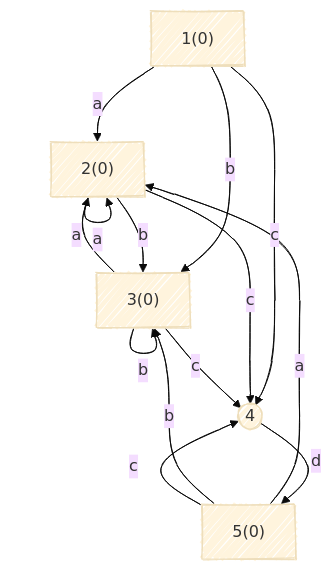
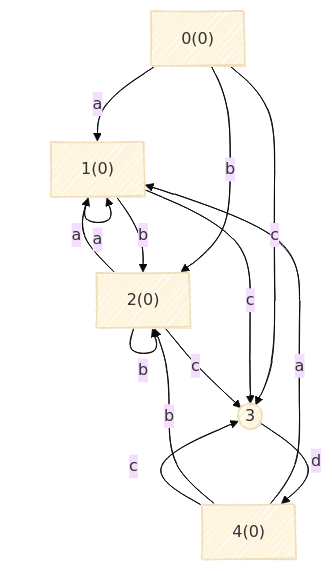
The diagram in src/lib/tests/__snapshot__/dfa_simple_regex.md (moonbitlang/moonlex-old), drawn with Mermaid (base theme) before and after one commit. The commit also changed 21 other files, not shown here.

````diff
--- a/src/lib/tests/__snapshot__/dfa_simple_regex.md
+++ b/src/lib/tests/__snapshot__/dfa_simple_regex.md
@@ -1,25 +1,25 @@
 ```mermaid
 ---
   config:
     look: handDrawn
 ---
 graph TD
-1-->|"a"|2
-1-->|"b"|3
-1-->|"c"|4
-2-->|"a"|2
-2-->|"b"|3
-2-->|"c"|4
-3-->|"a"|2
-3-->|"b"|3
-3-->|"c"|4
-4-->|"d"|5
-5-->|"a"|2
-5-->|"b"|3
-5-->|"c"|4
+0-->|"a"|1
+0-->|"b"|2
+0-->|"c"|3
+1-->|"a"|1
+1-->|"b"|2
+1-->|"c"|3
+2-->|"a"|1
+2-->|"b"|2
+2-->|"c"|3
+3-->|"d"|4
+4-->|"a"|1
+4-->|"b"|2
+4-->|"c"|3
+0["0(0)"]
 1["1(0)"]
 2["2(0)"]
-3["3(0)"]
-4((4))
-5["5(0)"]
+3((3))
+4["4(0)"]
 ```
````
